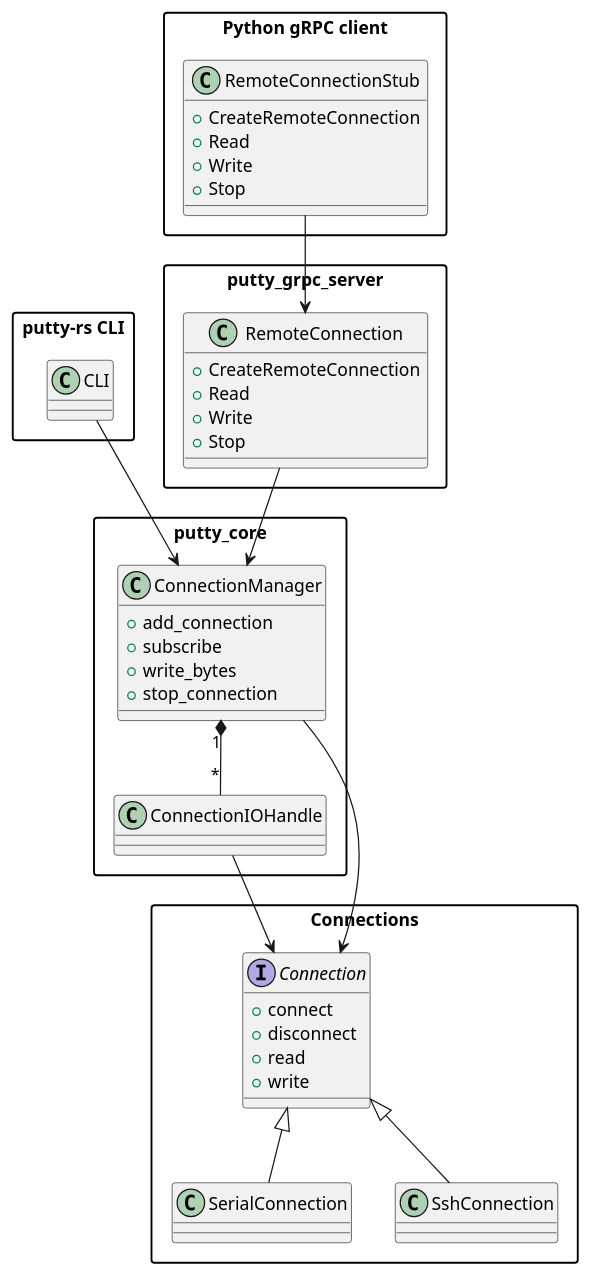
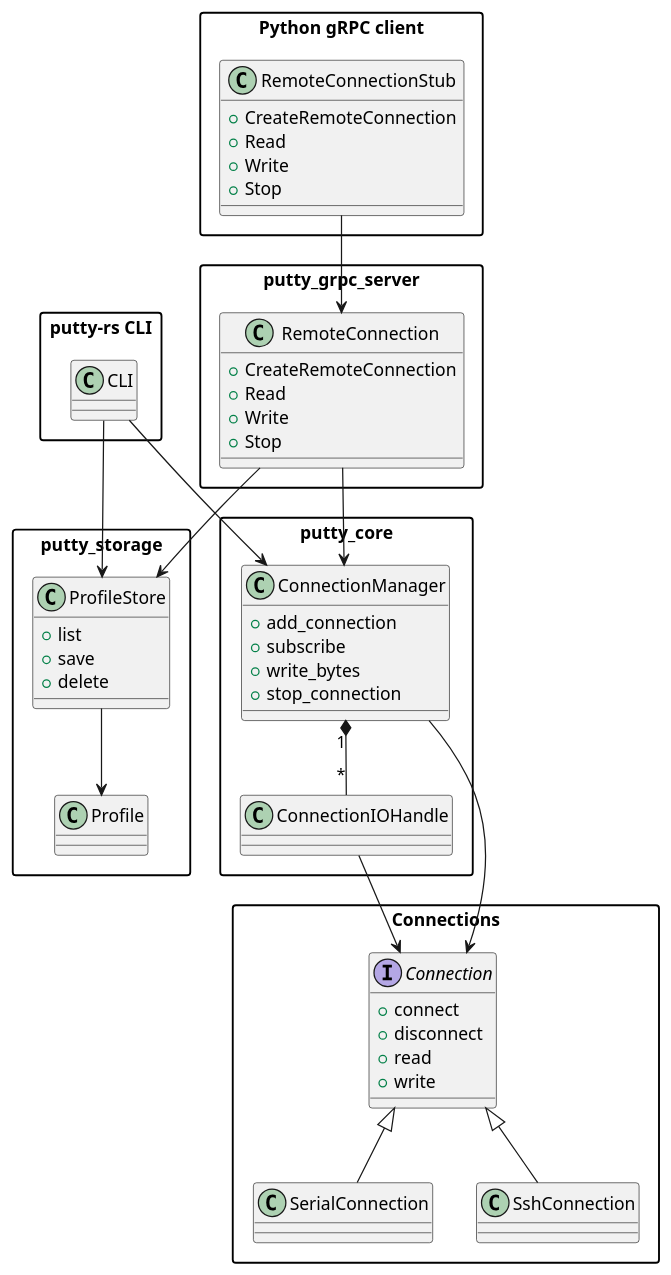
One commit to simon-rechermann/putty_rs_async changed the diagram in docs/puml/arch_level2.puml. Above: the diagram before and after it, drawn with PlantUML. The commit also changed 27 other files, not shown here.

First line of the commit message:
feat: extract putty storage and add deploy github releases (#11)

```diff
--- a/docs/puml/arch_level2.puml
+++ b/docs/puml/arch_level2.puml
@@ -1,61 +1,73 @@
 @startuml ArchLevel2
 
 allowmixing
 
 skinparam packageStyle rectangle
 skinparam packageBackgroundColor White
 
 package "putty-rs CLI" {
     class CLI
 }
 
 package "putty_grpc_server" {
     class RemoteConnection {
         + CreateRemoteConnection
         + Read
         + Write
         + Stop
     }
+}
+
+package "putty_storage" {
+    class Profile
+    class ProfileStore {
+        + list
+        + save
+        + delete
+    }
+    ProfileStore --> Profile
 }
 
 package "Python gRPC client" {
     class RemoteConnectionStub {
         + CreateRemoteConnection
         + Read
         + Write
         + Stop
     }
 }
 
 package "putty_core" {
     class ConnectionIOHandle
     class ConnectionManager
      {
         + add_connection
         + subscribe
         + write_bytes
         + stop_connection
     }
     ConnectionManager "1" *-- "*" ConnectionIOHandle
 }
 
 package Connections {
     interface Connection {
         + connect
         + disconnect
         + read
         + write
     }
     class SerialConnection {}
     class SshConnection {}
     Connection <|-- SerialConnection
     Connection <|-- SshConnection
 }
 
 CLI --> ConnectionManager
+CLI --> ProfileStore
 RemoteConnectionStub --> RemoteConnection
 RemoteConnection --> ConnectionManager
+RemoteConnection --> ProfileStore
 ConnectionIOHandle --> Connection
 ConnectionManager --> Connection
 
 @enduml
```
